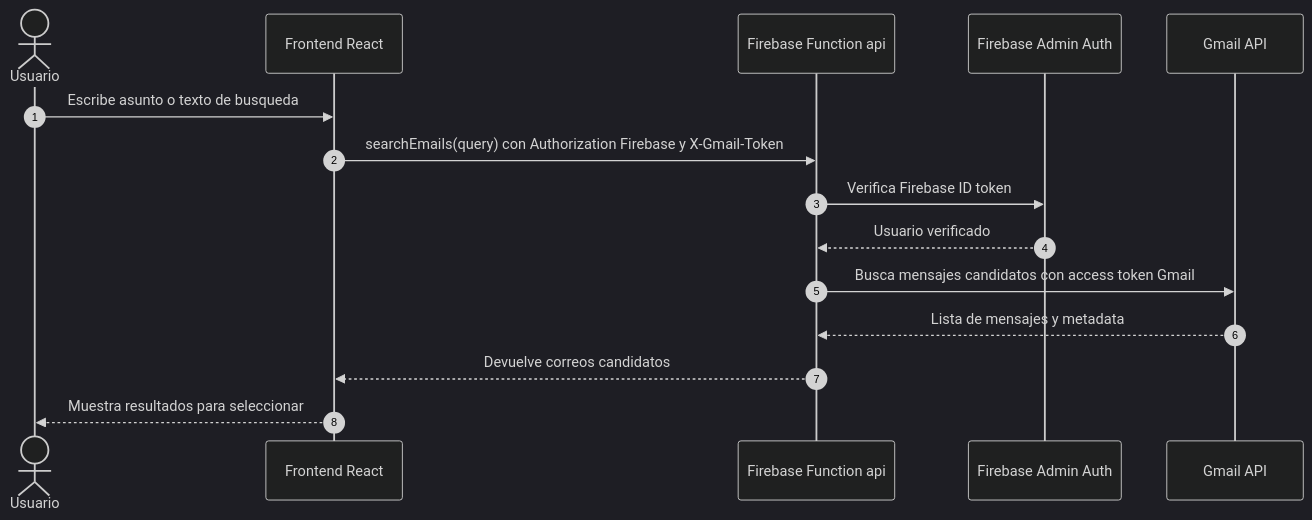
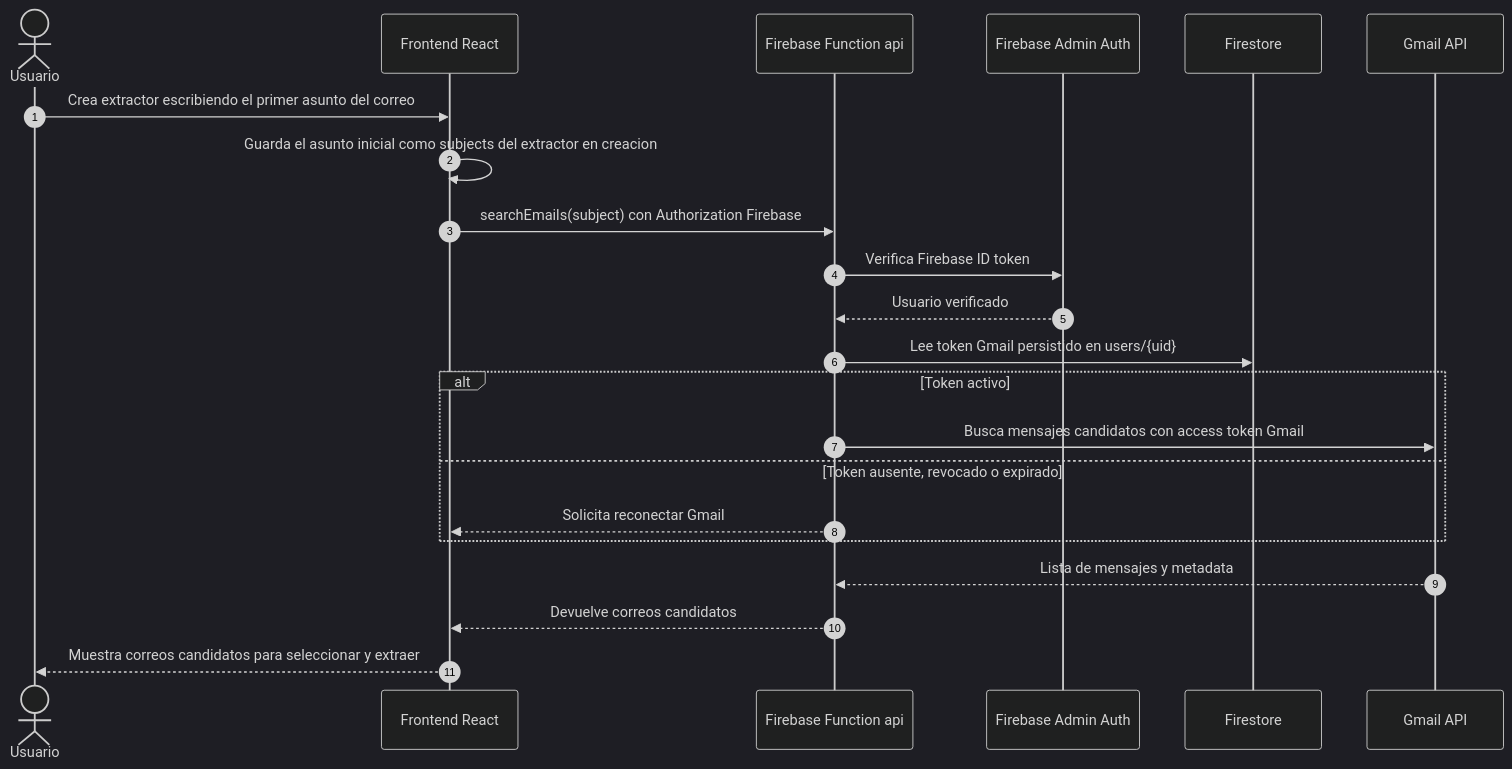
Before and after one commit to mijahilbarra/organizr: the second of 9 diagrams in sequence-diagram.md, drawn with Mermaid (dark theme). The commit also changed other lines of this file and 72 other files, not shown here.

````diff
--- a/sequence-diagram.md
+++ b/sequence-diagram.md
@@ -30,18 +45,25 @@
 ```mermaid
 sequenceDiagram
   autonumber
   actor User as Usuario
   participant Frontend as Frontend React
   participant Function as Firebase Function api
   participant FirebaseAuth as Firebase Admin Auth
+  participant Firestore as Firestore
   participant Gmail as Gmail API
 
-  User->>Frontend: Escribe asunto o texto de busqueda
-  Frontend->>Function: searchEmails(query) con Authorization Firebase y X-Gmail-Token
+  User->>Frontend: Crea extractor escribiendo el primer asunto del correo
+  Frontend->>Frontend: Guarda el asunto inicial como subjects del extractor en creacion
+  Frontend->>Function: searchEmails(subject) con Authorization Firebase
   Function->>FirebaseAuth: Verifica Firebase ID token
   FirebaseAuth-->>Function: Usuario verificado
-  Function->>Gmail: Busca mensajes candidatos con access token Gmail
+  Function->>Firestore: Lee token Gmail persistido en users/{uid}
+  alt Token activo
+    Function->>Gmail: Busca mensajes candidatos con access token Gmail
+  else Token ausente, revocado o expirado
+    Function-->>Frontend: Solicita reconectar Gmail
+  end
   Gmail-->>Function: Lista de mensajes y metadata
   Function-->>Frontend: Devuelve correos candidatos
-  Frontend-->>User: Muestra resultados para seleccionar
+  Frontend-->>User: Muestra correos candidatos para seleccionar y extraer
 ```
````
